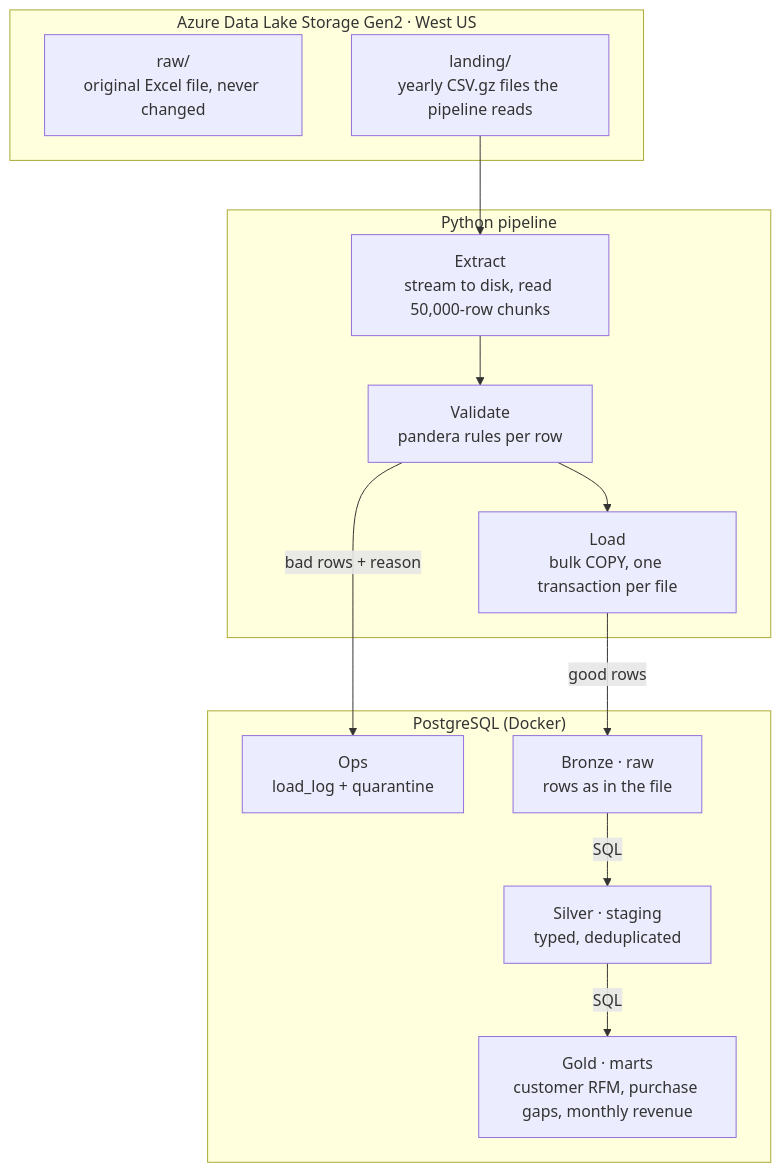
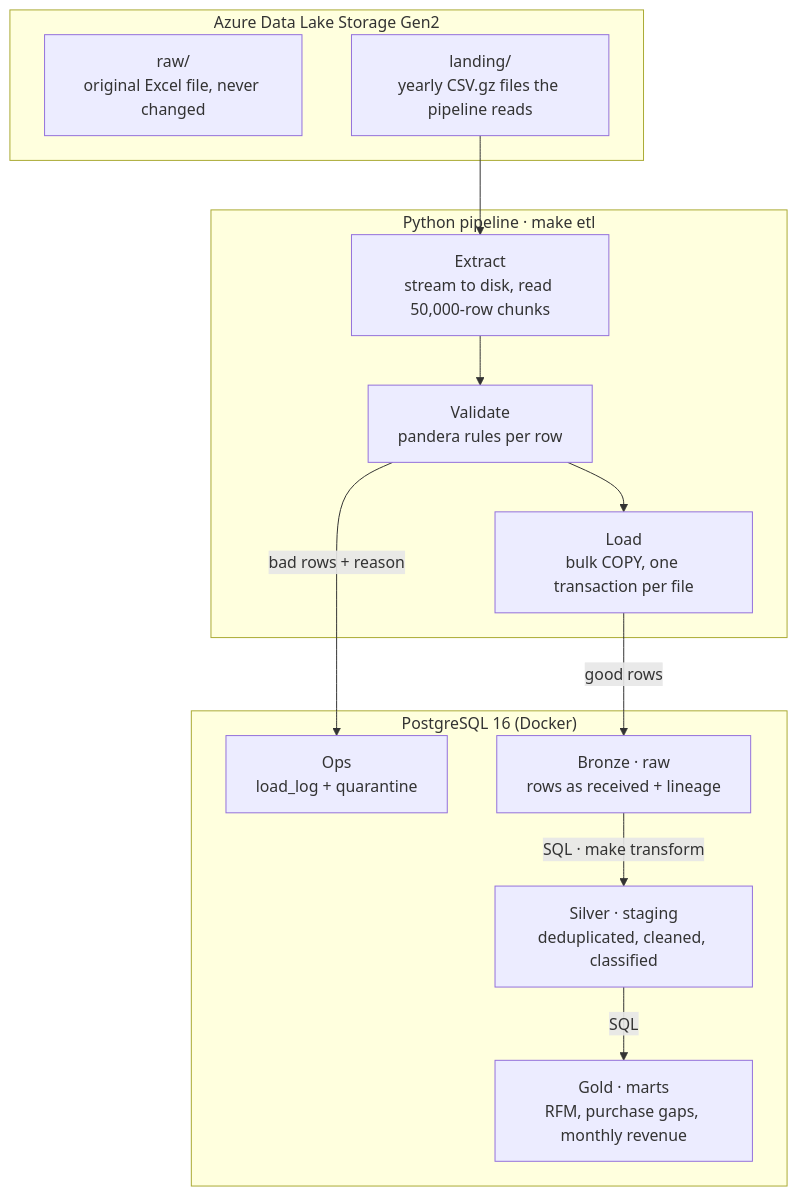
The diagram in README.md (yinkak/tillflow-retail-etl), drawn with Mermaid before and after one commit. The commit also changed other lines of this file and 3 other files, not shown here.

````diff
--- a/README.md
+++ b/README.md
@@ -28,25 +31,25 @@
 ```mermaid
 flowchart TD
-    subgraph LAKE["Azure Data Lake Storage Gen2 · West US"]
+    subgraph LAKE["Azure Data Lake Storage Gen2"]
         RAW["raw/<br/>original Excel file, never changed"]
         LANDING["landing/<br/>yearly CSV.gz files the pipeline reads"]
     end
 
-    subgraph PIPE["Python pipeline"]
+    subgraph PIPE["Python pipeline · make etl"]
         EXTRACT["Extract<br/>stream to disk, read 50,000-row chunks"]
         VALIDATE["Validate<br/>pandera rules per row"]
         LOAD["Load<br/>bulk COPY, one transaction per file"]
     end
 
-    subgraph PG["PostgreSQL (Docker)"]
+    subgraph PG["PostgreSQL 16 (Docker)"]
         OPS["Ops<br/>load_log + quarantine"]
-        BRONZE["Bronze · raw<br/>rows as in the file"]
-        SILVER["Silver · staging<br/>typed, deduplicated"]
-        GOLD["Gold · marts<br/>customer RFM, purchase gaps, monthly revenue"]
+        BRONZE["Bronze · raw<br/>rows as received + lineage"]
+        SILVER["Silver · staging<br/>deduplicated, cleaned, classified"]
+        GOLD["Gold · marts<br/>RFM, purchase gaps, monthly revenue"]
     end
 
     LANDING --> EXTRACT --> VALIDATE --> LOAD
     VALIDATE -- "bad rows + reason" --> OPS
     LOAD -- "good rows" --> BRONZE
-    BRONZE -- SQL --> SILVER -- SQL --> GOLD
+    BRONZE -- "SQL · make transform" --> SILVER -- SQL --> GOLD
 ```
````
